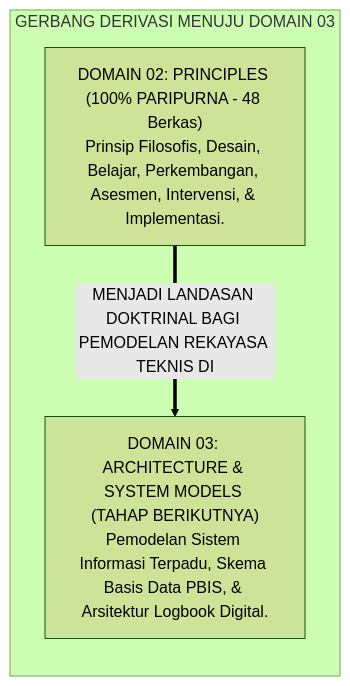
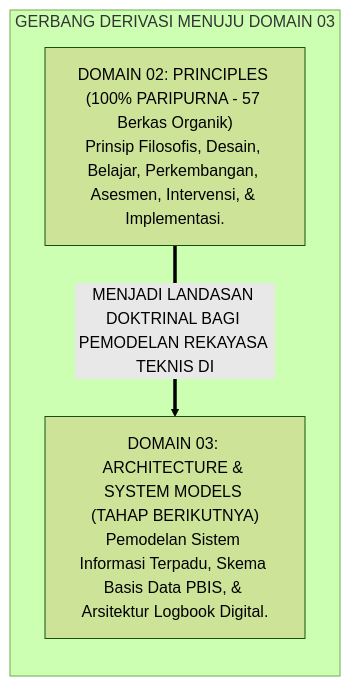
The third of 3 diagrams in 02 Principles/07 Implementation Principles/P2-07-Prinsip-Implementasi-Lapangan-TUMBUH.md (wandiapriliyandi/tumbuh), drawn with Mermaid (forest theme) before and after one commit. The commit also changed other lines of this file and 32 other files, not shown here.

Commit message:
feat(principles): expand organically Domain 02 Principles with non-uniform deep monographs (62 files total, max 10/sub-domain)

````diff
--- a/02 Principles/07 Implementation Principles/P2-07-Prinsip-Implementasi-Lapangan-TUMBUH.md
+++ b/02 Principles/07 Implementation Principles/P2-07-Prinsip-Implementasi-Lapangan-TUMBUH.md
@@ -123,10 +126,10 @@
 ```mermaid
 graph LR
     subgraph PuncakPenutupanPrinciples["GERBANG DERIVASI MENUJU DOMAIN 03"]
-        D2_Master["DOMAIN 02: PRINCIPLES (100% PARIPURNA - 48 Berkas)<br/>Prinsip Filosofis, Desain, Belajar, Perkembangan, Asesmen, Intervensi, & Implementasi."]
+        D2_Master["DOMAIN 02: PRINCIPLES (100% PARIPURNA - 57 Berkas Organik)<br/>Prinsip Filosofis, Desain, Belajar, Perkembangan, Asesmen, Intervensi, & Implementasi."]
         
         D3_Master["DOMAIN 03: ARCHITECTURE & SYSTEM MODELS (TAHAP BERIKUTNYA)<br/>Pemodelan Sistem Informasi Terpadu, Skema Basis Data PBIS, & Arsitektur Logbook Digital."]
         
         D2_Master ==>|MENJADI LANDASAN DOKTRINAL BAGI PEMODELAN REKAYASA TEKNIS DI| D3_Master
     end
 ```
````
